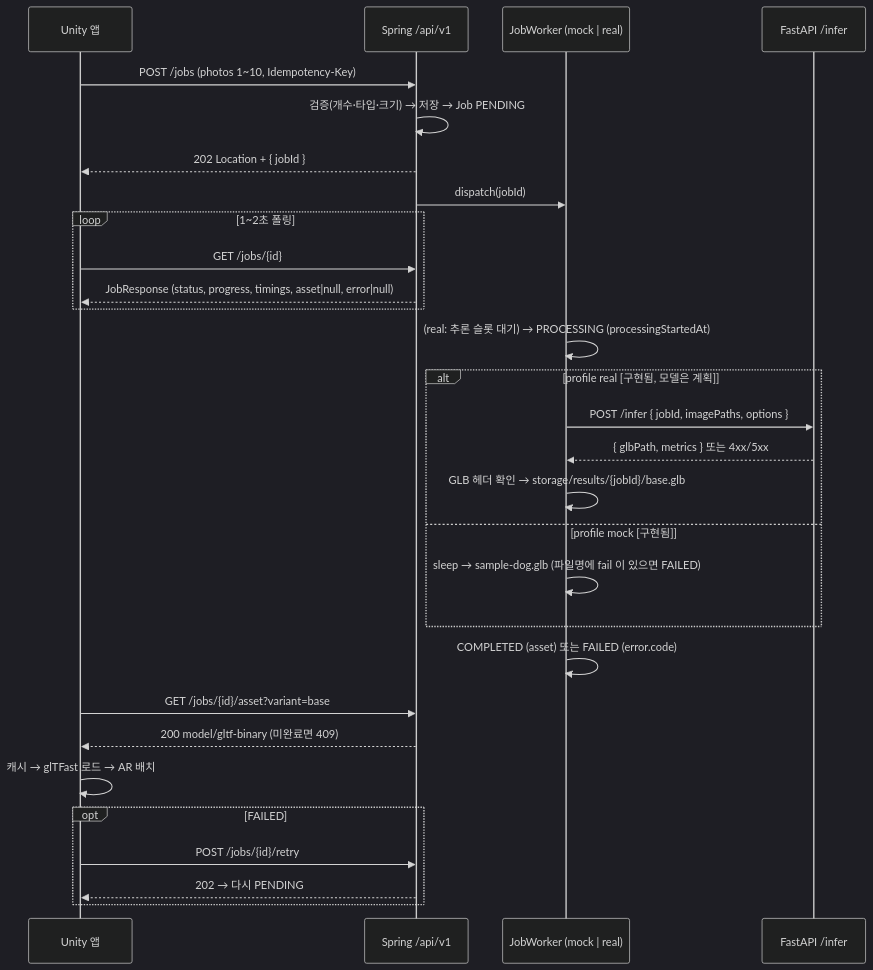
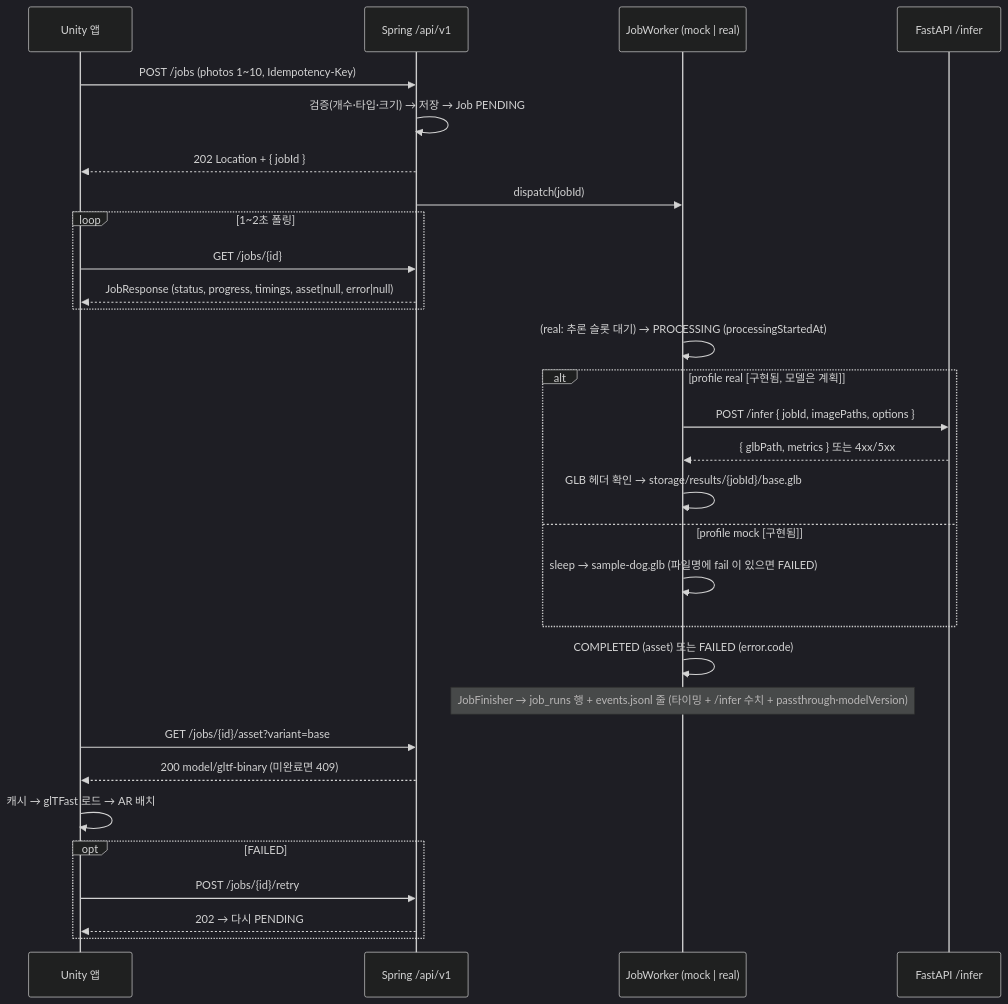
The second of 3 diagrams in docs/ARCHITECTURE.md (minwoo3717/Beside), drawn with Mermaid (dark theme) before and after one commit. The commit also changed other lines of this file and 6 other files, not shown here.

First line of the commit message:
[Backend] 문서: PLAN 3·4단계 재배열(베이스라인 E2E 선행)과 구조도·회의 안건·GLB 파일명 통일 — 바뀐 순서와 결정을 문서가 따라가도록

````diff
--- a/docs/ARCHITECTURE.md
+++ b/docs/ARCHITECTURE.md
@@ -34,31 +34,32 @@
 ```mermaid
 sequenceDiagram
     participant App as Unity 앱
     participant API as Spring /api/v1
     participant W as JobWorker (mock | real)
     participant Py as FastAPI /infer
     App->>API: POST /jobs (photos 1~10, Idempotency-Key)
     API->>API: 검증(개수·타입·크기) → 저장 → Job PENDING
     API-->>App: 202 Location + { jobId }
     API->>W: dispatch(jobId)
     loop 1~2초 폴링
         App->>API: GET /jobs/{id}
         API-->>App: JobResponse (status, progress, timings, asset|null, error|null)
     end
     W->>W: (real: 추론 슬롯 대기) → PROCESSING (processingStartedAt)
     alt profile real [구현됨, 모델은 계획]
         W->>Py: POST /infer { jobId, imagePaths, options }
         Py-->>W: { glbPath, metrics } 또는 4xx/5xx
         W->>W: GLB 헤더 확인 → storage/results/{jobId}/base.glb
     else profile mock [구현됨]
         W->>W: sleep → sample-dog.glb (파일명에 fail 이 있으면 FAILED)
     end
     W->>W: COMPLETED (asset) 또는 FAILED (error.code)
+    Note over W: JobFinisher → job_runs 행 + events.jsonl 줄 (타이밍 + /infer 수치 + passthrough·modelVersion)
     App->>API: GET /jobs/{id}/asset?variant=base
     API-->>App: 200 model/gltf-binary (미완료면 409)
     App->>App: 캐시 → glTFast 로드 → AR 배치
     opt FAILED
         App->>API: POST /jobs/{id}/retry
         API-->>App: 202 → 다시 PENDING
     end
 ```
````
